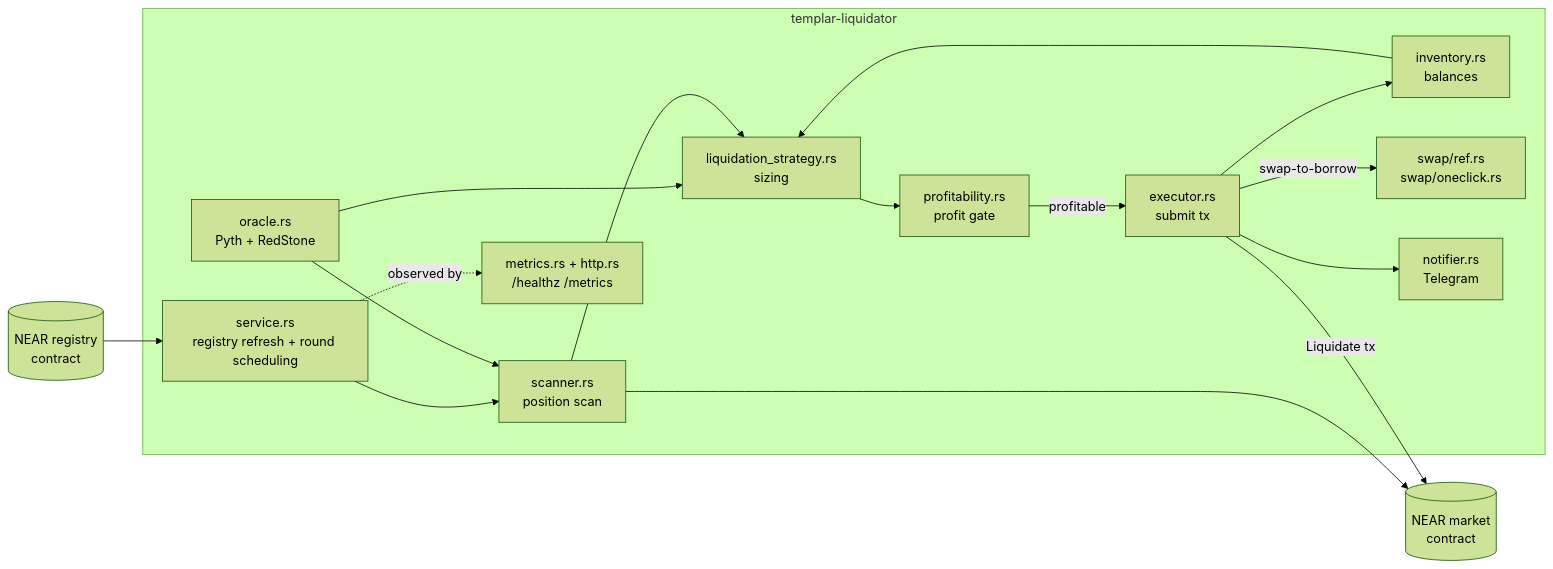
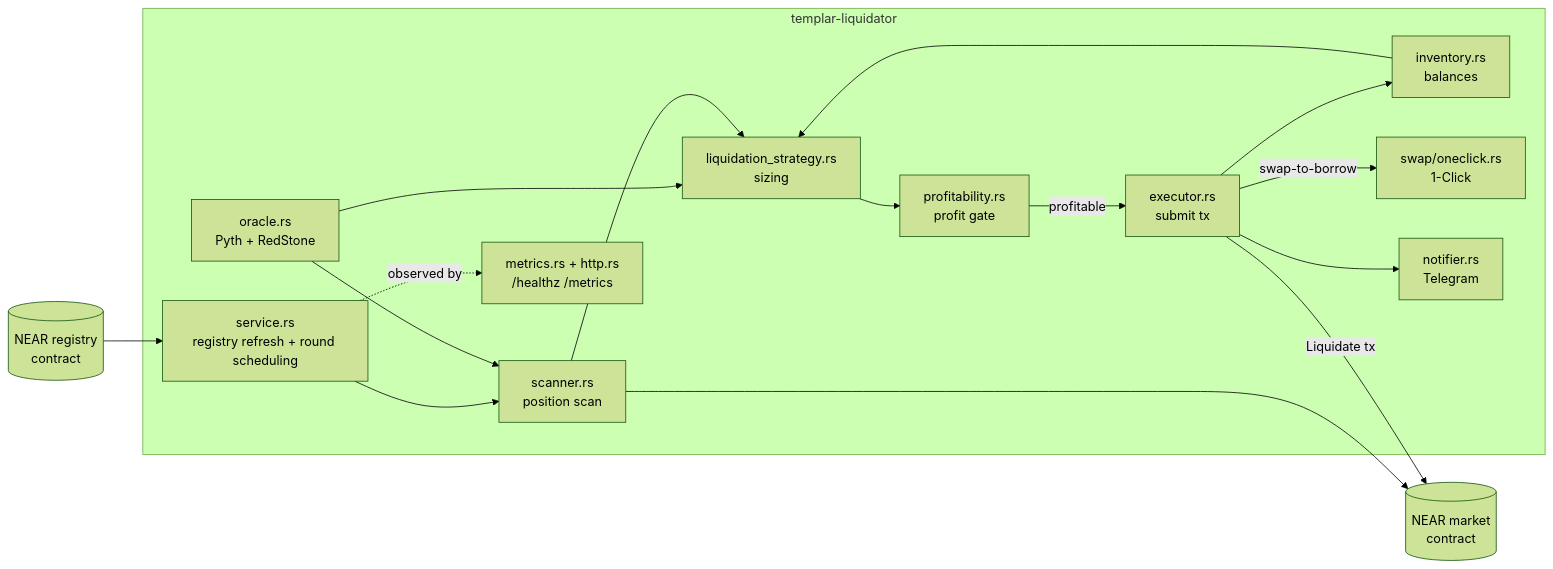
Before and after one commit to Templar-Protocol/templar-liquidator: the diagram in README.md, drawn with Mermaid (forest theme). The commit also changed other lines of this file and 17 other files, not shown here.

First line of the commit message:
refactor(swap)!: drop the Ref Finance provider, keep the multi-provider seam (#27)

````diff
--- a/README.md
+++ b/README.md
@@ -132,23 +132,23 @@
 ```mermaid
 flowchart LR
     Registry[("NEAR registry<br/>contract")] --> Service
     Market[("NEAR market<br/>contract")]
 
     subgraph Bot["templar-liquidator"]
         Service["service.rs<br/>registry refresh + round scheduling"] --> Scanner["scanner.rs<br/>position scan"]
         Oracle["oracle.rs<br/>Pyth + RedStone"] --> Scanner
         Oracle --> Strategy
         Scanner --> Strategy["liquidation_strategy.rs<br/>sizing"]
         Inventory["inventory.rs<br/>balances"] --> Strategy
         Strategy --> Profitability["profitability.rs<br/>profit gate"]
         Profitability -->|profitable| Executor["executor.rs<br/>submit tx"]
         Executor --> Inventory
-        Executor -->|swap-to-borrow| Swap["swap/ref.rs<br/>swap/oneclick.rs"]
+        Executor -->|swap-to-borrow| Swap["swap/oneclick.rs<br/>1-Click"]
         Executor --> Notifier["notifier.rs<br/>Telegram"]
         Metrics["metrics.rs + http.rs<br/>/healthz /metrics"]
     end
 
     Scanner --> Market
     Executor -->|Liquidate tx| Market
     Service -.observed by.-> Metrics
 ```
````
